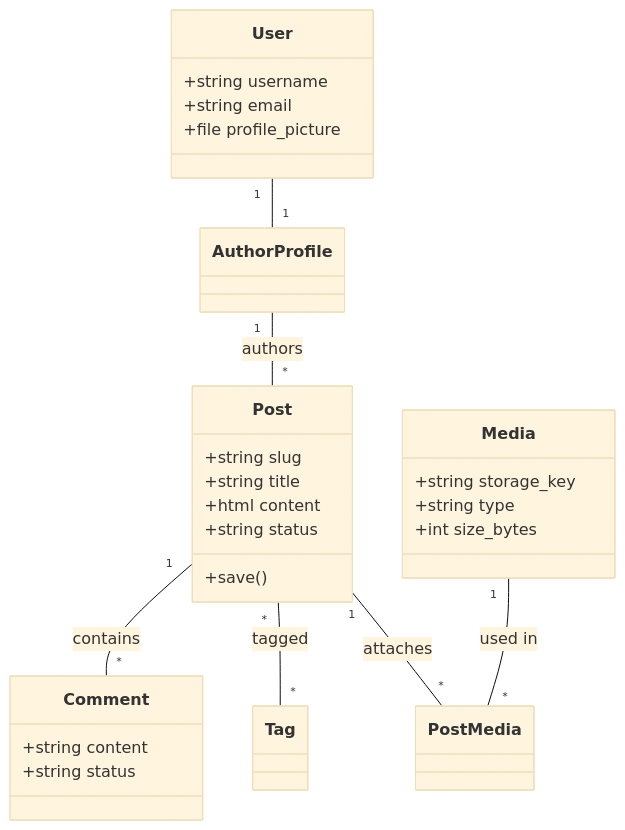
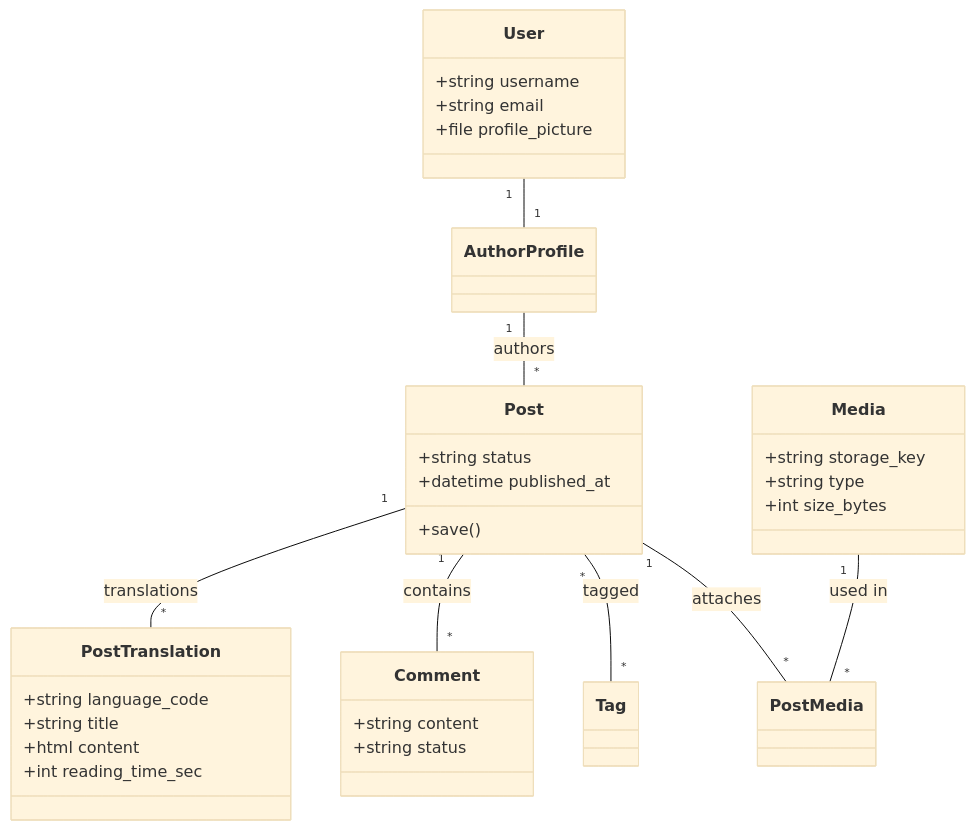
The second of 4 diagrams in COMPREHENSIVE_ARCHITECTURE.md (amirhossein-moloki/Blog), drawn with Mermaid (base theme) before and after one commit. The commit also changed other lines of this file and 1 other file, not shown here.

First line of the commit message:
docs: update comprehensive architecture documents (FA & EN)

````diff
--- a/COMPREHENSIVE_ARCHITECTURE.md
+++ b/COMPREHENSIVE_ARCHITECTURE.md
@@ -444,30 +458,35 @@
 ```mermaid
 classDiagram
     class User {
         +string username
         +string email
         +file profile_picture
     }
     class Post {
-        +string slug
+        +string status
+        +datetime published_at
+        +save()
+    }
+    class PostTranslation {
+        +string language_code
         +string title
         +html content
-        +string status
-        +save()
+        +int reading_time_sec
     }
     class Media {
         +string storage_key
         +string type
         +int size_bytes
     }
     class Comment {
         +string content
         +string status
     }
     User "1" -- "1" AuthorProfile
     AuthorProfile "1" -- "*" Post : authors
+    Post "1" -- "*" PostTranslation : translations
     Post "1" -- "*" Comment : contains
     Post "*" -- "*" Tag : tagged
     Post "1" -- "*" PostMedia : attaches
     Media "1" -- "*" PostMedia : used in
 ```
````
